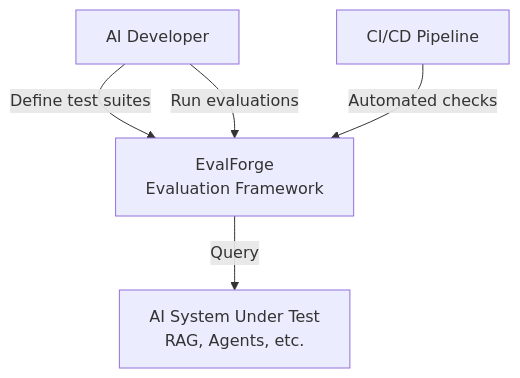
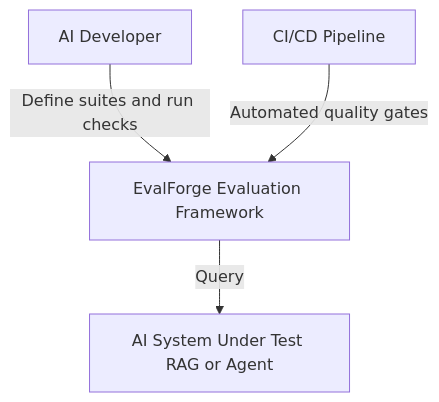
The first of 3 diagrams in docs/architecture/c4.md (FishRaposo/evalforge), drawn with Mermaid before and after one commit. The commit also changed other lines of this file and 50 other files, not shown here.

Commit message:
Finalize EvalForge as self-contained portfolio project

````diff
--- a/docs/architecture/c4.md
+++ b/docs/architecture/c4.md
@@ -5,12 +5,11 @@
 ```mermaid
 graph TB
     Developer[AI Developer]
     CICD[CI/CD Pipeline]
-    EvalForge[EvalForge<br/>Evaluation Framework]
-    AITest[AI System Under Test<br/>RAG, Agents, etc.]
+    EvalForge[EvalForge Evaluation Framework]
+    AITest[AI System Under Test RAG or Agent]
 
-    Developer -->|Define test suites| EvalForge
-    Developer -->|Run evaluations| EvalForge
-    CICD -->|Automated checks| EvalForge
+    Developer -->|Define suites and run checks| EvalForge
+    CICD -->|Automated quality gates| EvalForge
     EvalForge -->|Query| AITest
 ```
````
